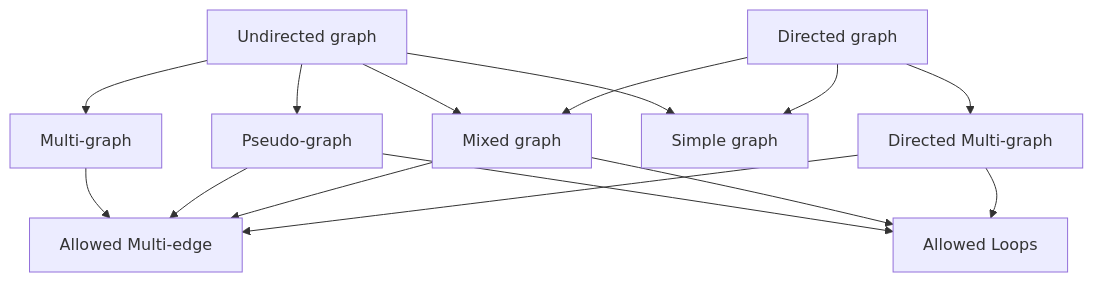
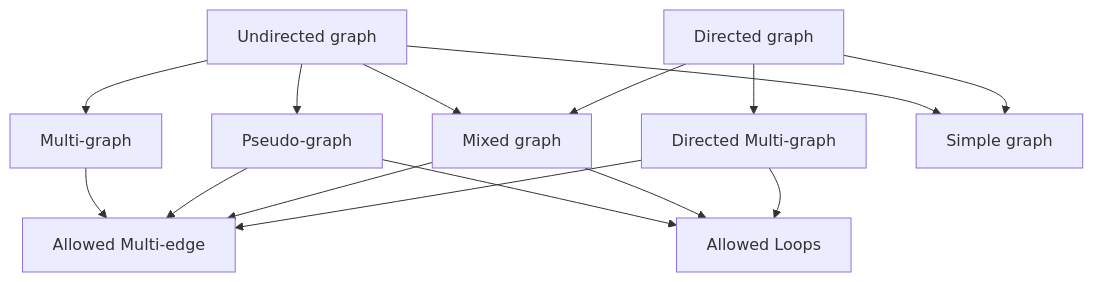
Before and after one commit to Phong004/MAD101: the diagram in ch07-graph/Chapter07-Sumarize.md, drawn with Mermaid. The commit also changed other lines of this file, not shown here.

````diff
--- a/ch07-graph/Chapter07-Sumarize.md
+++ b/ch07-graph/Chapter07-Sumarize.md
@@ -2,17 +2,17 @@
 ```mermaid
 graph TD
     A[Undirected graph] --> D[Multi-graph]
     D[Multi-graph] --> G[Allowed Multi-edge]
     A[Undirected graph] --> E[Pseudo-graph]
     E[Pseudo-graph] --> G[Allowed Multi-edge]
     E[Pseudo-graph] --> H[Allowed Loops]
-    A[Undirected graph] --> F[Mixed graph]
-    A[Undirected graph] --> C[Simple graph]
     F[Mixed graph] --> G[Allowed Multi-edge]
     F[Mixed graph] --> H[Allowed Loops]
     I[Directed Multi-graph] --> G[Allowed Multi-edge]
     I[Directed Multi-graph] --> H[Allowed Loops]
+    A[Undirected graph] --> F[Mixed graph]
+    A[Undirected graph] --> C[Simple graph]
     B[Directed graph] --> C[Simple graph]
     B[Directed graph] --> I[Directed Multi-graph]
     B[Directed graph] --> F[Mixed graph]
 ```
````
